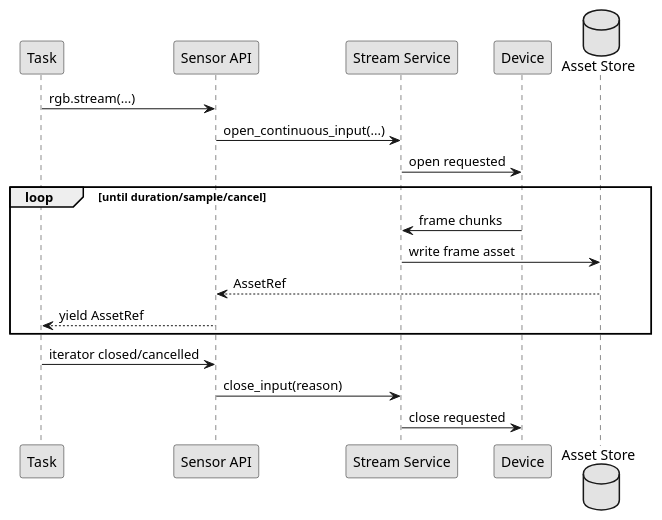
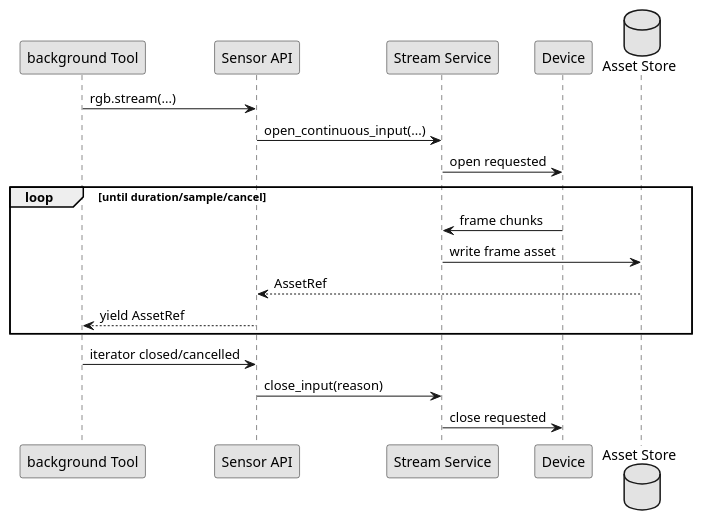
One commit to HengeLiu/RealtimeAgent changed the third of 3 diagrams in agent-server/docs/reference/上下文设备接口设计.md. Above: the diagram before and after it, drawn with PlantUML. The commit also changed other lines of this file and 67 other files, not shown here.

````diff
--- a/agent-server/docs/reference/上下文设备接口设计.md
+++ b/agent-server/docs/reference/上下文设备接口设计.md
@@ -701,25 +678,25 @@
 ```plantuml
 @startuml
 skinparam monochrome true
 skinparam shadowing false
 
-participant Task
+participant "background Tool" as Tool
 participant "Sensor API" as API
 participant "Stream Service" as Stream
 participant Device
 database "Asset Store" as Asset
 
-Task -> API : rgb.stream(...)
+Tool -> API : rgb.stream(...)
 API -> Stream : open_continuous_input(...)
 Stream -> Device : open requested
 loop until duration/sample/cancel
   Device -> Stream : frame chunks
   Stream -> Asset : write frame asset
   Asset --> API : AssetRef
-  API --> Task : yield AssetRef
+  API --> Tool : yield AssetRef
 end
-Task -> API : iterator closed/cancelled
+Tool -> API : iterator closed/cancelled
 API -> Stream : close_input(reason)
 Stream -> Device : close requested
 @enduml
 ```
````
